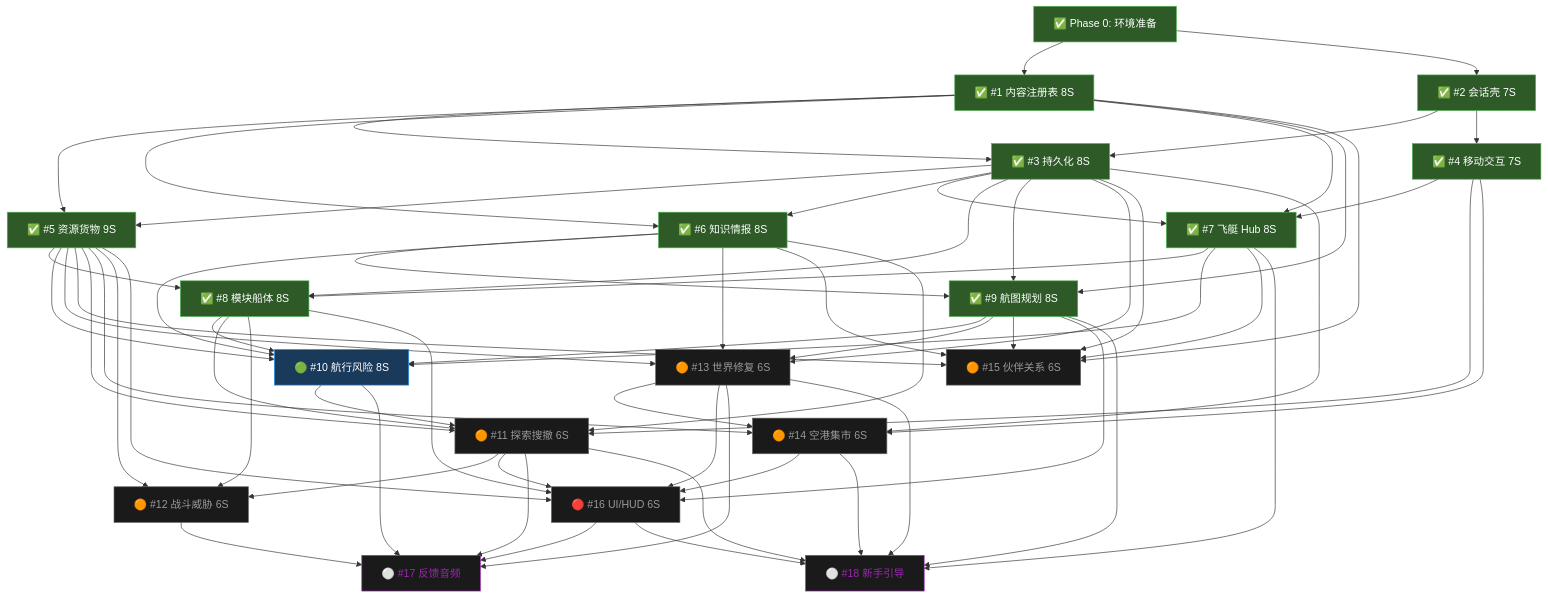
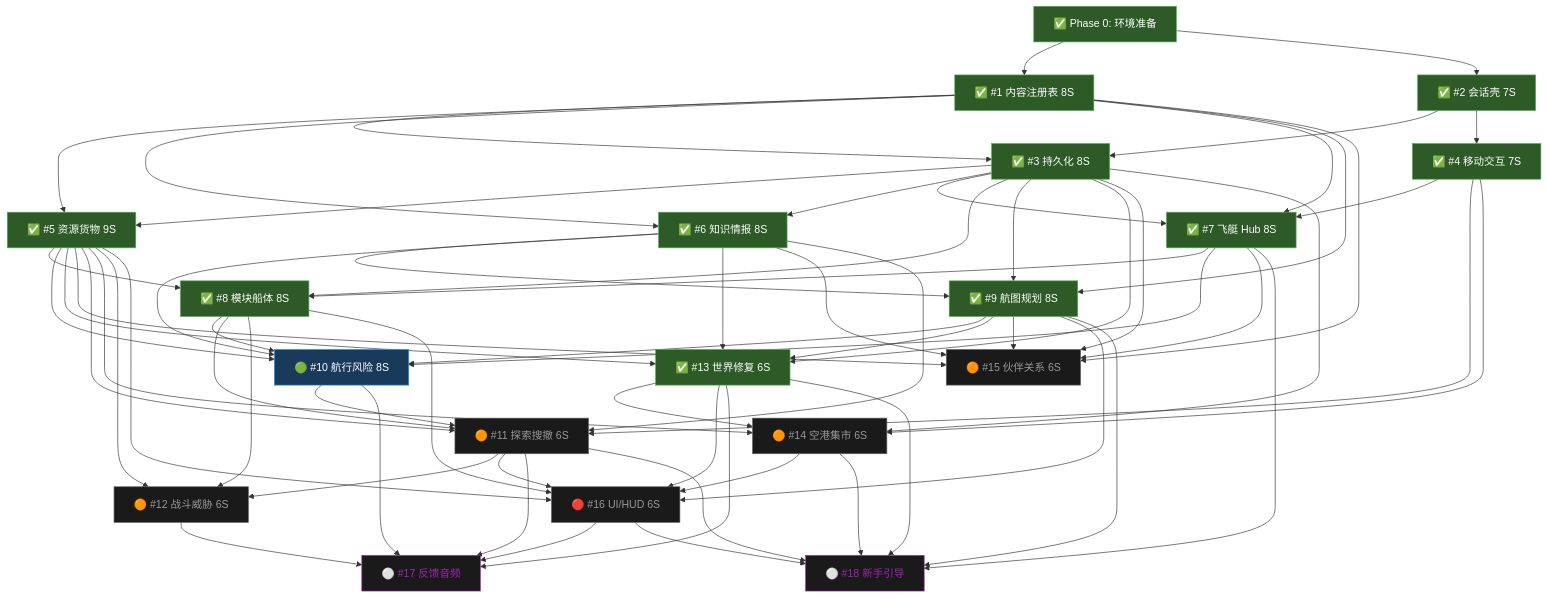
The second of 3 diagrams in docs/reference/production-flowchart.md (lieinsay/Claude-Code-Game-Studios), drawn with Mermaid before and after one commit. The commit also changed other lines of this file and 5 other files, not shown here.

```diff
--- a/docs/reference/production-flowchart.md
+++ b/docs/reference/production-flowchart.md
@@ -81,7 +81,7 @@
     S9["✅ #9 航图规划 8S"]:::done
 
     S10["🟢 #10 航行风险 8S"]:::active
-    S13["🟠 #13 世界修复 6S"]:::future
+    S13["✅ #13 世界修复 6S"]:::done
     S15["🟠 #15 伙伴关系 6S"]:::future
 
     S11["🟠 #11 探索搜撤 6S"]:::future
```
